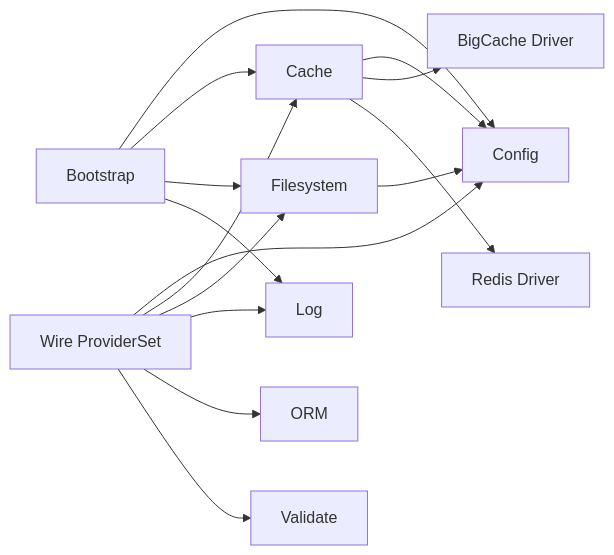
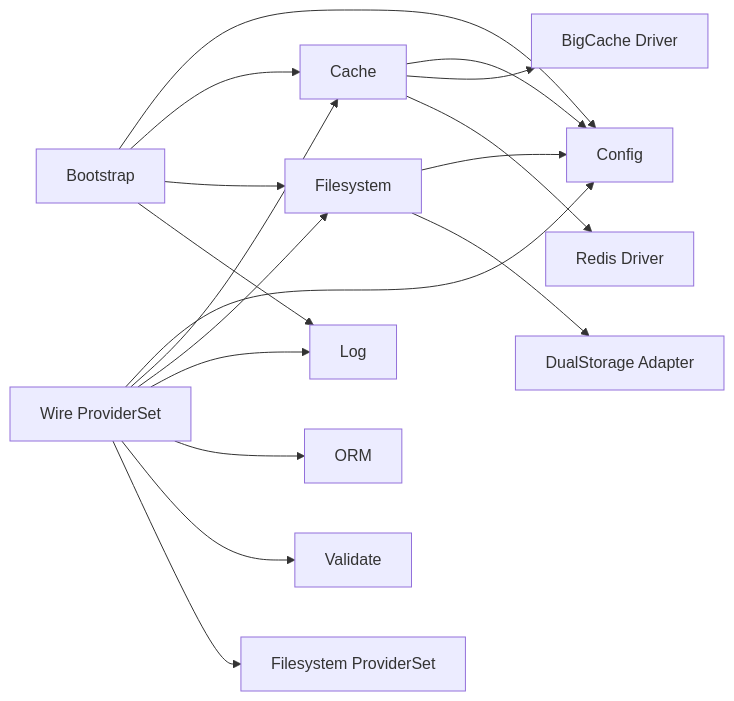
One commit to wuwuseo/cmf changed the seventh of 7 diagrams in .qoder/repowiki/zh/content/核心架构/依赖注入机制.md. Above: the diagram before and after it, drawn with Mermaid. The commit also changed other lines of this file and 4 other files, not shown here.

````diff
--- a/.qoder/repowiki/zh/content/核心架构/依赖注入机制.md
+++ b/.qoder/repowiki/zh/content/核心架构/依赖注入机制.md
@@ -378,17 +405,19 @@
 ```mermaid
 graph LR
 Boot["Bootstrap"] --> Cfg["Config"]
 Boot --> Cch["Cache"]
 Boot --> FS["Filesystem"]
 Boot --> Log["Log"]
 Wire["Wire ProviderSet"] --> Cfg
 Wire --> Cch
 Wire --> FS
 Wire --> Log
 Wire --> ORM["ORM"]
 Wire --> VAL["Validate"]
+Wire --> FSP["Filesystem ProviderSet"]
 Cch --> Cfg
 FS --> Cfg
 Cch --> BC["BigCache Driver"]
 Cch --> RD["Redis Driver"]
+FS --> DS["DualStorage Adapter"]
 ```
````
